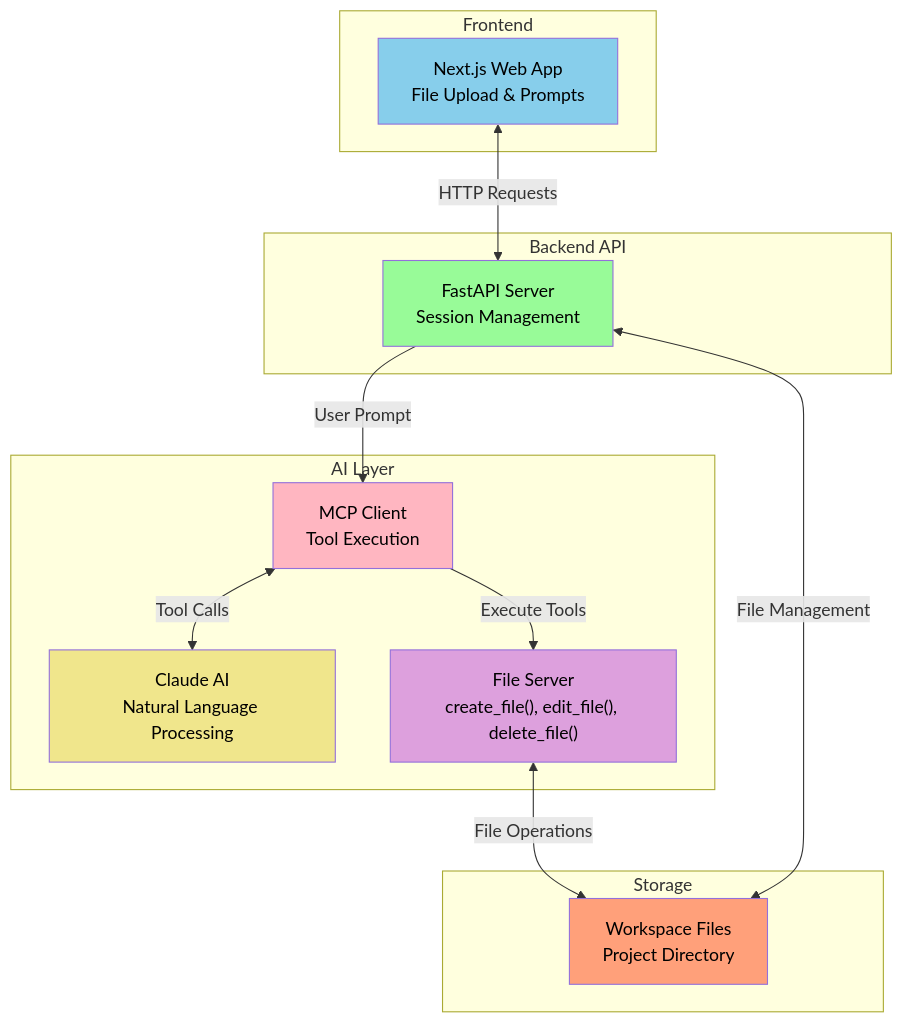
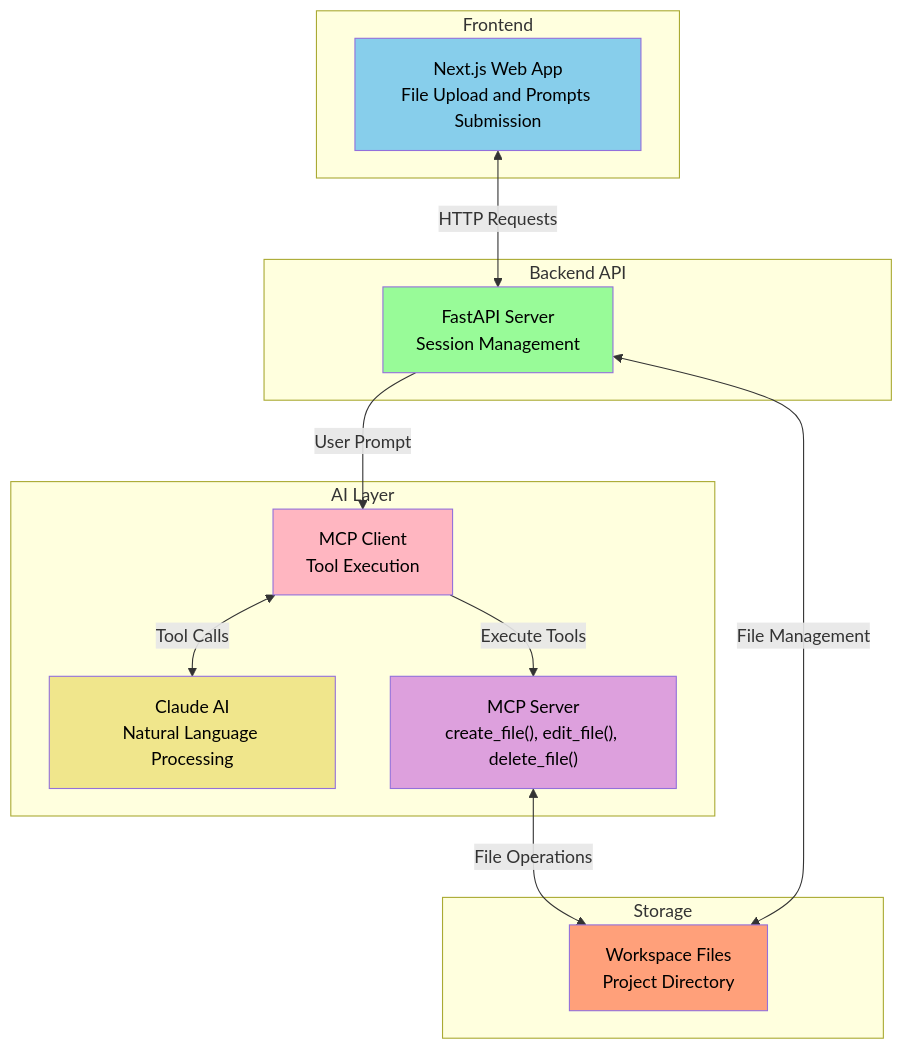
Before and after one commit to aditya-borse/mcp: the diagram in README.md, drawn with Mermaid.

````diff
--- a/README.md
+++ b/README.md
@@ -20,34 +20,34 @@
 ```mermaid
 graph TB
     subgraph "Frontend"
-        UI["Next.js Web App<br/>File Upload & Prompts"]
+        UI["Next.js Web App<br/>File Upload and Prompts Submission"]
     end
     
     subgraph "Backend API"
         API["FastAPI Server<br/>Session Management"]
     end
     
     subgraph "AI Layer"
         MCP["MCP Client<br/>Tool Execution"]
         CLAUDE["Claude AI<br/>Natural Language Processing"]
-        SERVER["File Server<br/>create_file(), edit_file(), delete_file()"]
+        SERVER["MCP Server<br/>create_file(), edit_file(), delete_file()"]
     end
     
     subgraph "Storage"
         FILES["Workspace Files<br/>Project Directory"]
     end
     
     UI <-->|"HTTP Requests"| API
     API -->|"User Prompt"| MCP
     MCP <-->|"Tool Calls"| CLAUDE
     MCP -->|"Execute Tools"| SERVER
     SERVER <-->|"File Operations"| FILES
     API <-->|"File Management"| FILES
     
     style UI fill:#87CEEB,color:#000
     style API fill:#98FB98,color:#000
     style MCP fill:#FFB6C1,color:#000
     style CLAUDE fill:#F0E68C,color:#000
     style SERVER fill:#DDA0DD,color:#000
     style FILES fill:#FFA07A,color:#000
 ```
````
